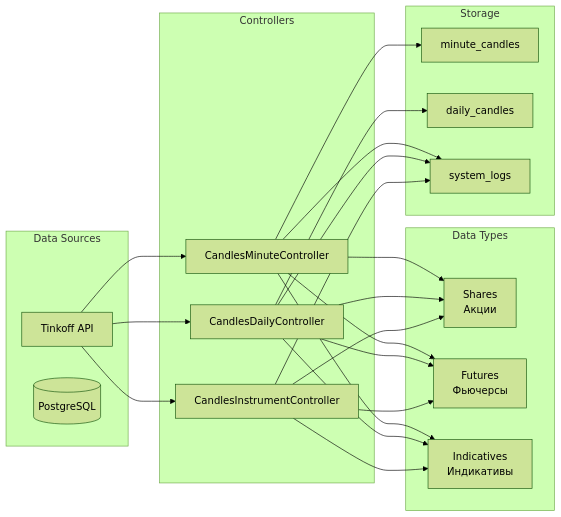
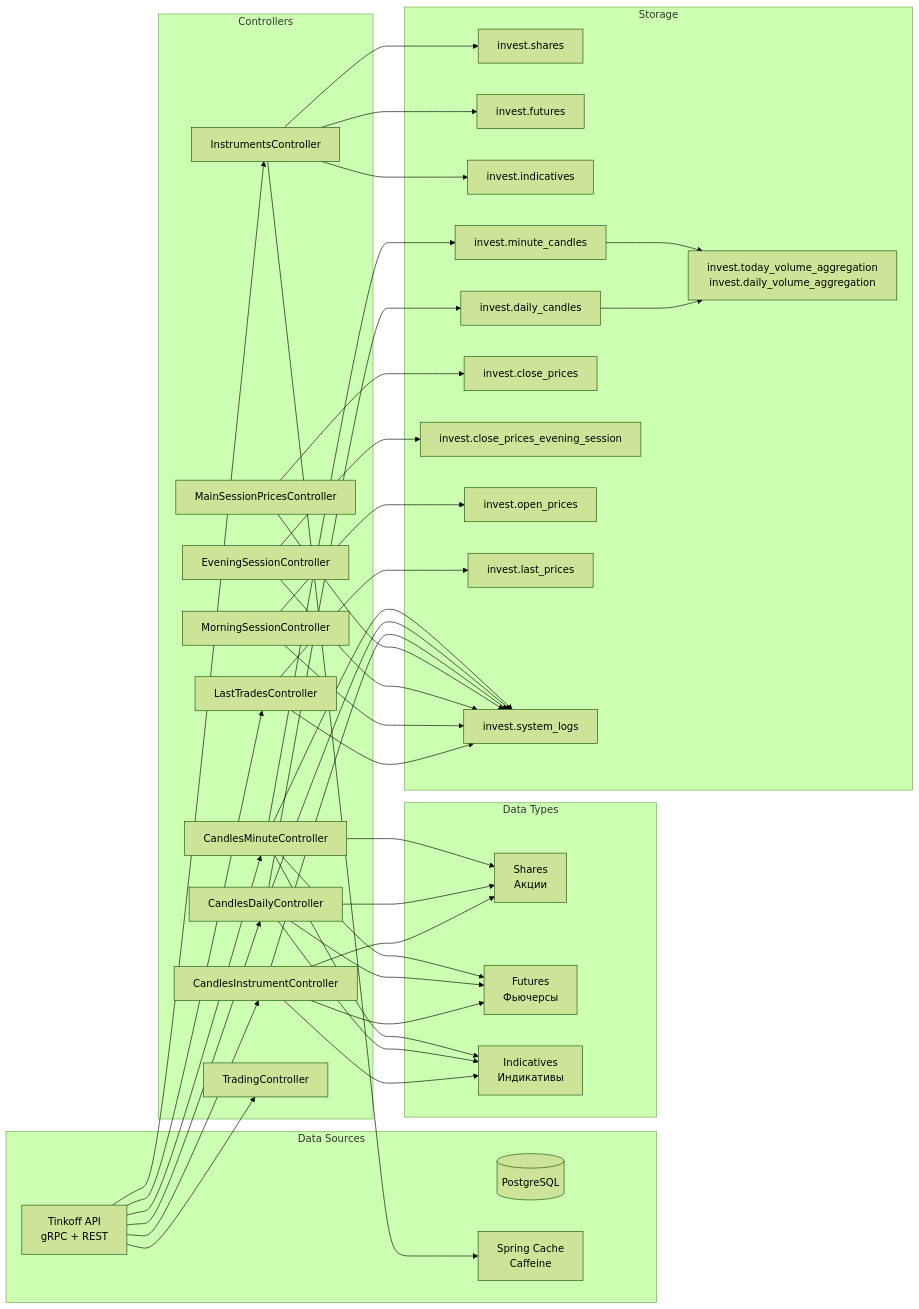
Before and after one commit to Vasilek1993111/InvestmentDataLoaderService: the fifth of 6 diagrams in docs/diagrams/data-flow.md, drawn with Mermaid (forest theme). The commit also changed other lines of this file and 19 other files, not shown here.

````diff
--- a/docs/diagrams/data-flow.md
+++ b/docs/diagrams/data-flow.md
@@ -167,47 +277,80 @@
 ```mermaid
 graph LR
     subgraph "Data Sources"
-        T[Tinkoff API]
+        T[Tinkoff API<br/>gRPC + REST]
         DB[(PostgreSQL)]
+        CACHE[Spring Cache<br/>Caffeine]
     end
     
     subgraph "Controllers"
+        IC[InstrumentsController]
         CM[CandlesMinuteController]
         CD[CandlesDailyController]
         CI[CandlesInstrumentController]
+        MSP[MainSessionPricesController]
+        ESP[EveningSessionController]
+        MSC[MorningSessionController]
+        LT[LastTradesController]
+        TC[TradingController]
     end
     
     subgraph "Data Types"
         SH[Shares<br/>Акции]
         FU[Futures<br/>Фьючерсы]
         IN[Indicatives<br/>Индикативы]
     end
     
     subgraph "Storage"
-        MC[minute_candles]
-        DC[daily_candles]
-        SL[system_logs]
+        ST[invest.shares]
+        FT[invest.futures]
+        IT[invest.indicatives]
+        MC[invest.minute_candles]
+        DC[invest.daily_candles]
+        CP[invest.close_prices]
+        OPE[invest.close_prices_evening_session]
+        OP[invest.open_prices]
+        LP[invest.last_prices]
+        SL[invest.system_logs]
+        MV[invest.today_volume_aggregation<br/>invest.daily_volume_aggregation]
     end
     
+    T --> IC
     T --> CM
     T --> CD
     T --> CI
+    T --> LT
+    T --> TC
+    
+    IC --> CACHE
+    IC --> ST
+    IC --> FT
+    IC --> IT
     
     CM --> SH
     CM --> FU
     CM --> IN
-    
     CD --> SH
     CD --> FU
     CD --> IN
-    
     CI --> SH
     CI --> FU
     CI --> IN
     
     CM --> MC
     CD --> DC
+    MSP --> CP
+    ESP --> OPE
+    MSC --> OP
+    LT --> LP
+    
     CM --> SL
     CD --> SL
     CI --> SL
+    MSP --> SL
+    ESP --> SL
+    MSC --> SL
+    LT --> SL
+    
+    MC --> MV
+    DC --> MV
 ```
````
